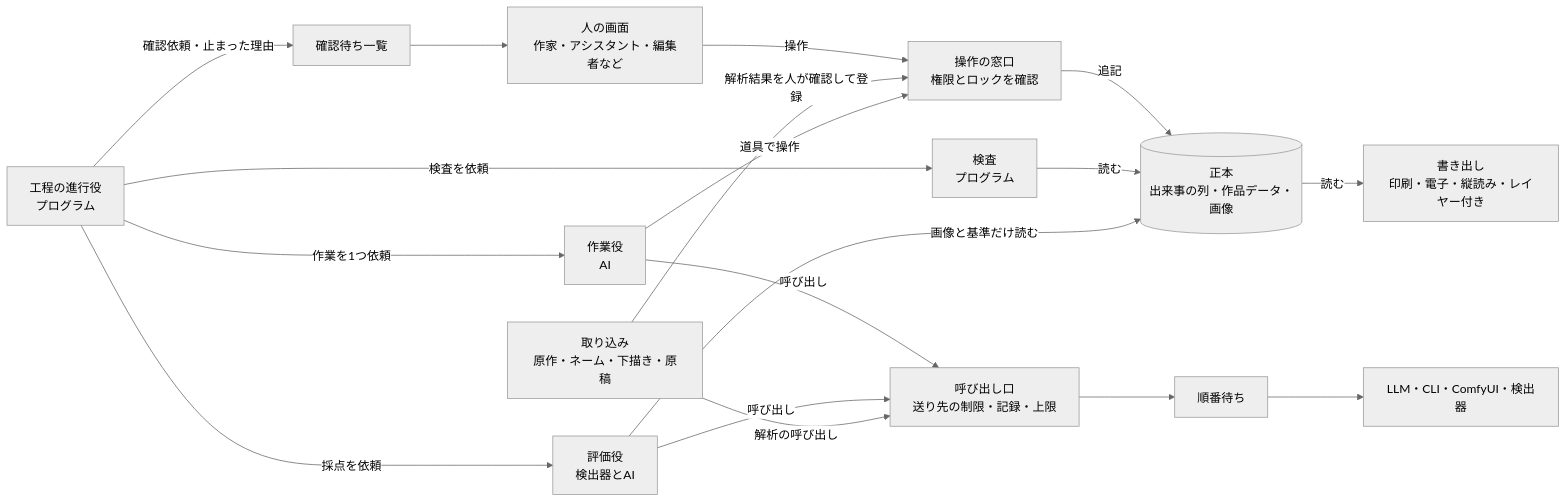
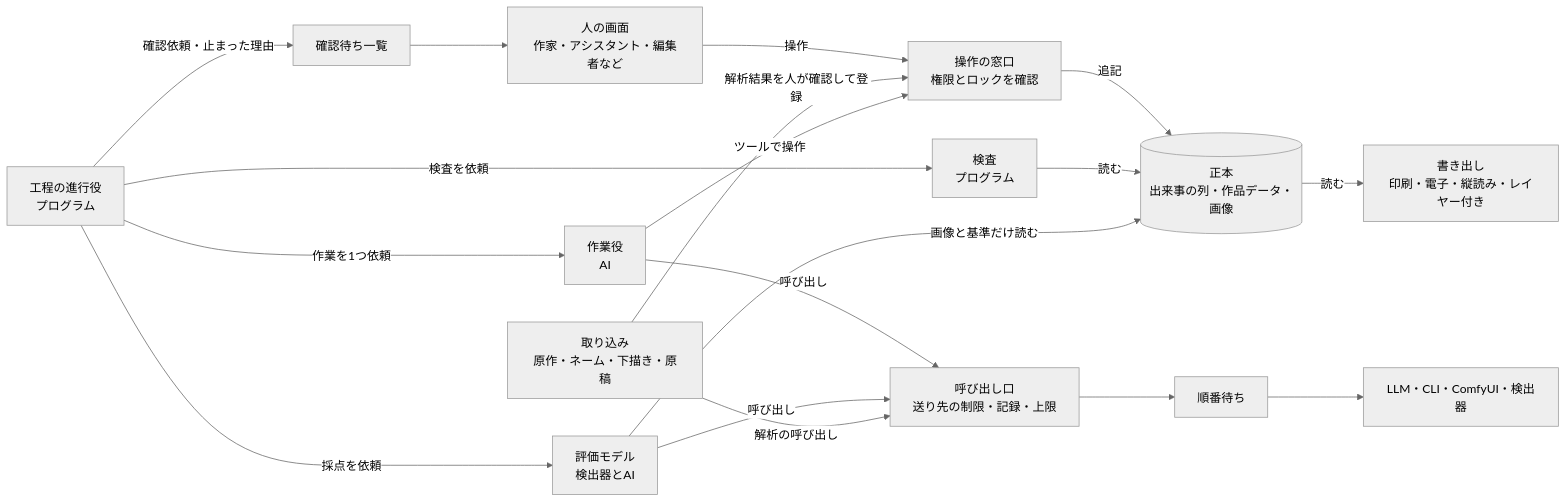
Before and after one commit to new-sankaku/manga-editor-desu: the diagram in llm_doc/V3ハーネス設計.md, drawn with Mermaid (neutral theme). The commit also changed other lines of this file and 260 other files, not shown here.

````diff
--- a/llm_doc/V3ハーネス設計.md
+++ b/llm_doc/V3ハーネス設計.md
@@ -108,20 +108,20 @@
 ```mermaid
 flowchart LR
   H[人の画面<br>作家・アシスタント・編集者など] -->|操作| OP[操作の窓口<br>権限とロックを確認]
   IM[取り込み<br>原作・ネーム・下描き・原稿] -->|解析結果を人が確認して登録| OP
   PR[工程の進行役<br>プログラム] -->|作業を1つ依頼| WK[作業役<br>AI]
-  WK -->|道具で操作| OP
+  WK -->|ツールで操作| OP
   OP -->|追記| DB[(正本<br>出来事の列・作品データ・画像)]
   PR -->|検査を依頼| CK[検査<br>プログラム]
   CK -->|読む| DB
-  PR -->|採点を依頼| EV[評価役<br>検出器とAI]
+  PR -->|採点を依頼| EV[評価モデル<br>検出器とAI]
   EV -->|画像と基準だけ読む| DB
   WK -->|呼び出し| GW[呼び出し口<br>送り先の制限・記録・上限]
   EV -->|呼び出し| GW
   IM -->|解析の呼び出し| GW
   GW --> Q[順番待ち]
   Q --> EXT[LLM・CLI・ComfyUI・検出器]
   PR -->|確認依頼・止まった理由| HQ[確認待ち一覧]
   HQ --> H
   DB -->|読む| EX[書き出し<br>印刷・電子・縦読み・レイヤー付き]
 ```
````
